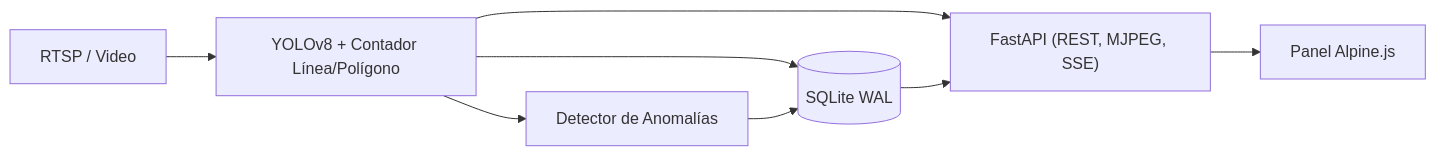
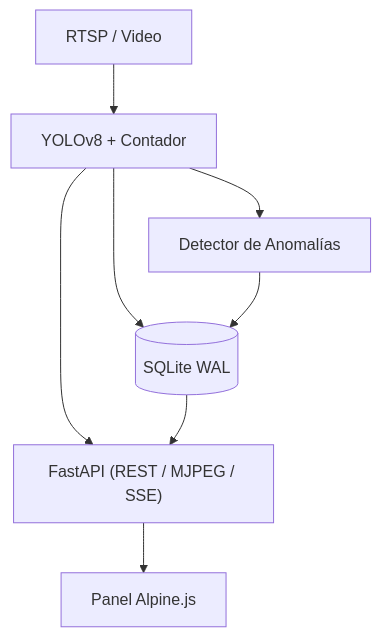
Before and after one commit to gmllasacas/gas_cylinder_vision: the diagram in README.es.md, drawn with Mermaid. The commit also changed other lines of this file and 2 other files, not shown here.

Commit message:
Readme updated

````diff
--- a/README.es.md
+++ b/README.es.md
@@ -30,10 +32,10 @@
 ```mermaid
-flowchart LR
-    Source["RTSP / Video"] --> CV["YOLOv8 + Contador Línea/Polígono"]
+flowchart TD
+    Source["RTSP / Video"] --> CV["YOLOv8 + Contador"]
     CV --> Anomaly["Detector de Anomalías"]
     CV --> DB[("SQLite WAL")]
     Anomaly --> DB
-    CV --> API["FastAPI (REST, MJPEG, SSE)"]
+    CV --> API["FastAPI (REST / MJPEG / SSE)"]
     DB --> API
     API --> UI["Panel Alpine.js"]
 ```
````
